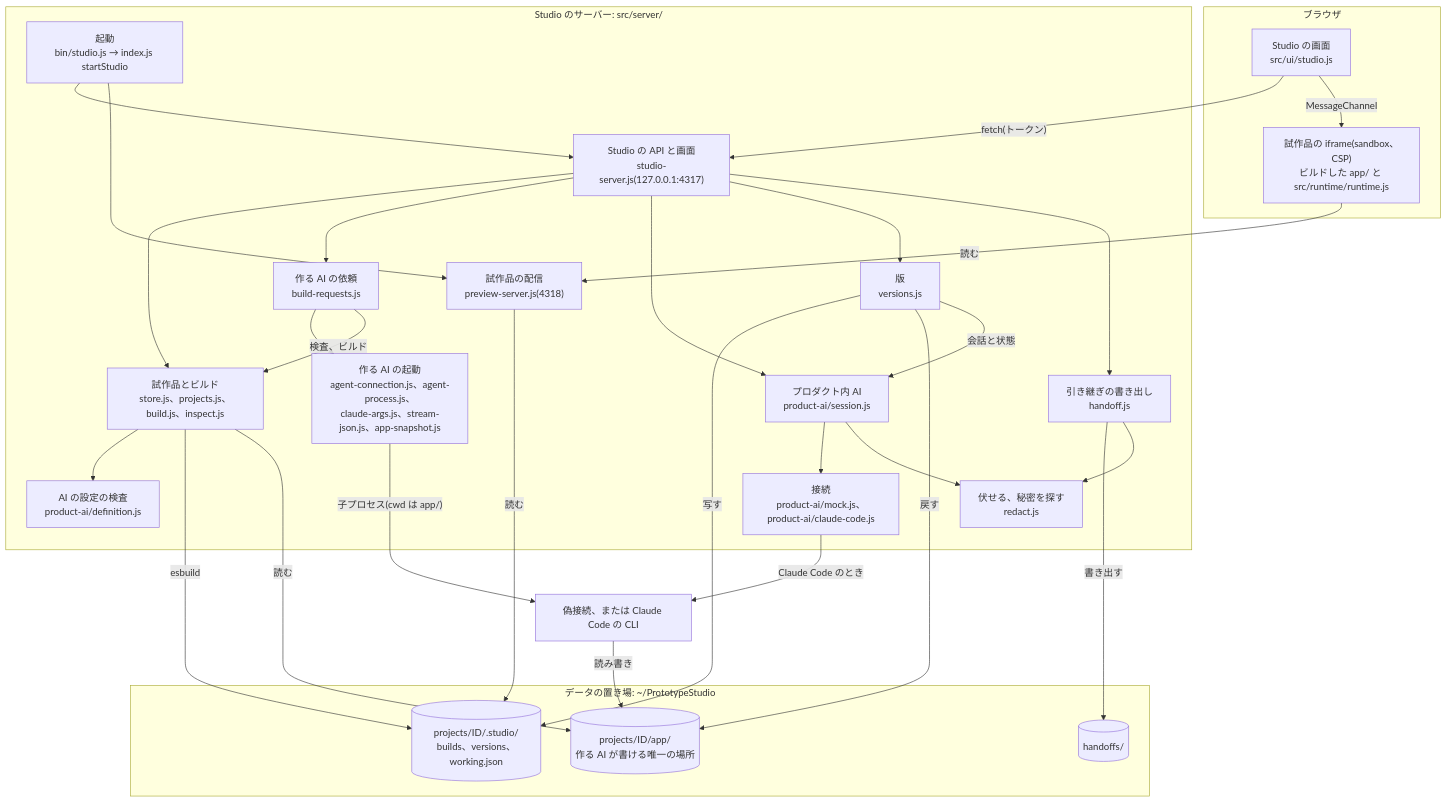
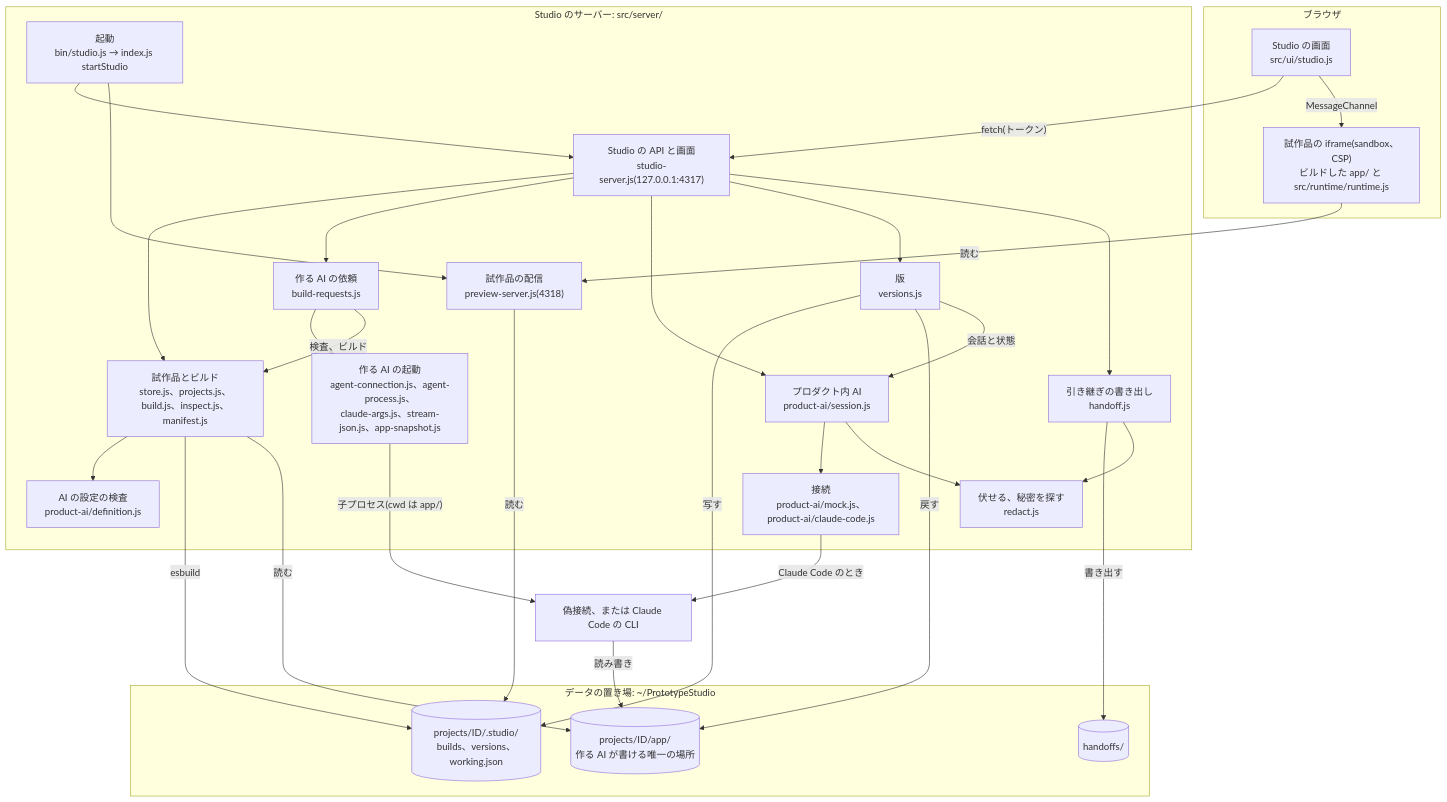
One commit to jyoka/agent-prototype-studio changed the second of 2 diagrams in docs/architecture/hld.md. Above: the diagram before and after it, drawn with Mermaid. The commit also changed other lines of this file and 15 other files, not shown here.

````diff
--- a/docs/architecture/hld.md
+++ b/docs/architecture/hld.md
@@ -43,57 +43,57 @@
 ```mermaid
 flowchart TB
     subgraph browser["ブラウザ"]
         ui["Studio の画面<br/>src/ui/studio.js"]
         frame["試作品の iframe(sandbox、CSP)<br/>ビルドした app/ と src/runtime/runtime.js"]
     end
 
     subgraph server["Studio のサーバー: src/server/"]
         entry["起動<br/>bin/studio.js → index.js startStudio"]
         api["Studio の API と画面<br/>studio-server.js(127.0.0.1:4317)"]
         preview["試作品の配信<br/>preview-server.js(4318)"]
-        store["試作品とビルド<br/>store.js、projects.js、build.js、inspect.js"]
+        store["試作品とビルド<br/>store.js、projects.js、build.js、inspect.js、<br/>manifest.js"]
         requests["作る AI の依頼<br/>build-requests.js"]
         agent["作る AI の起動<br/>agent-connection.js、agent-process.js、<br/>claude-args.js、stream-json.js、app-snapshot.js"]
         ai["プロダクト内 AI<br/>product-ai/session.js"]
         conn["接続<br/>product-ai/mock.js、product-ai/claude-code.js"]
         def["AI の設定の検査<br/>product-ai/definition.js"]
         versions["版<br/>versions.js"]
         handoff["引き継ぎの書き出し<br/>handoff.js"]
         redact["伏せる、秘密を探す<br/>redact.js"]
     end
 
     subgraph local["データの置き場: ~/PrototypeStudio"]
         app[("projects/ID/app/<br/>作る AI が書ける唯一の場所")]
         dotstudio[("projects/ID/.studio/<br/>builds、versions、working.json")]
         handoffs[("handoffs/")]
     end
 
     cli["偽接続、または Claude Code の CLI"]
 
     ui -- "fetch(トークン)" --> api
     ui -- "MessageChannel" --> frame
     frame -- "読む" --> preview
     entry --> api
     entry --> preview
     api --> store
     api --> requests
     api --> ai
     api --> versions
     api --> handoff
     requests --> agent
     agent -- "子プロセス(cwd は app/)" --> cli
     cli -- "読み書き" --> app
     requests -- "検査、ビルド" --> store
     store --> def
     store -- "esbuild" --> dotstudio
     store -- "読む" --> app
     preview -- "読む" --> dotstudio
     ai --> conn
     conn -- "Claude Code のとき" --> cli
     ai --> redact
     versions -- "写す" --> dotstudio
     versions -- "戻す" --> app
     versions -- "会話と状態" --> ai
     handoff -- "書き出す" --> handoffs
     handoff --> redact
 ```
````
